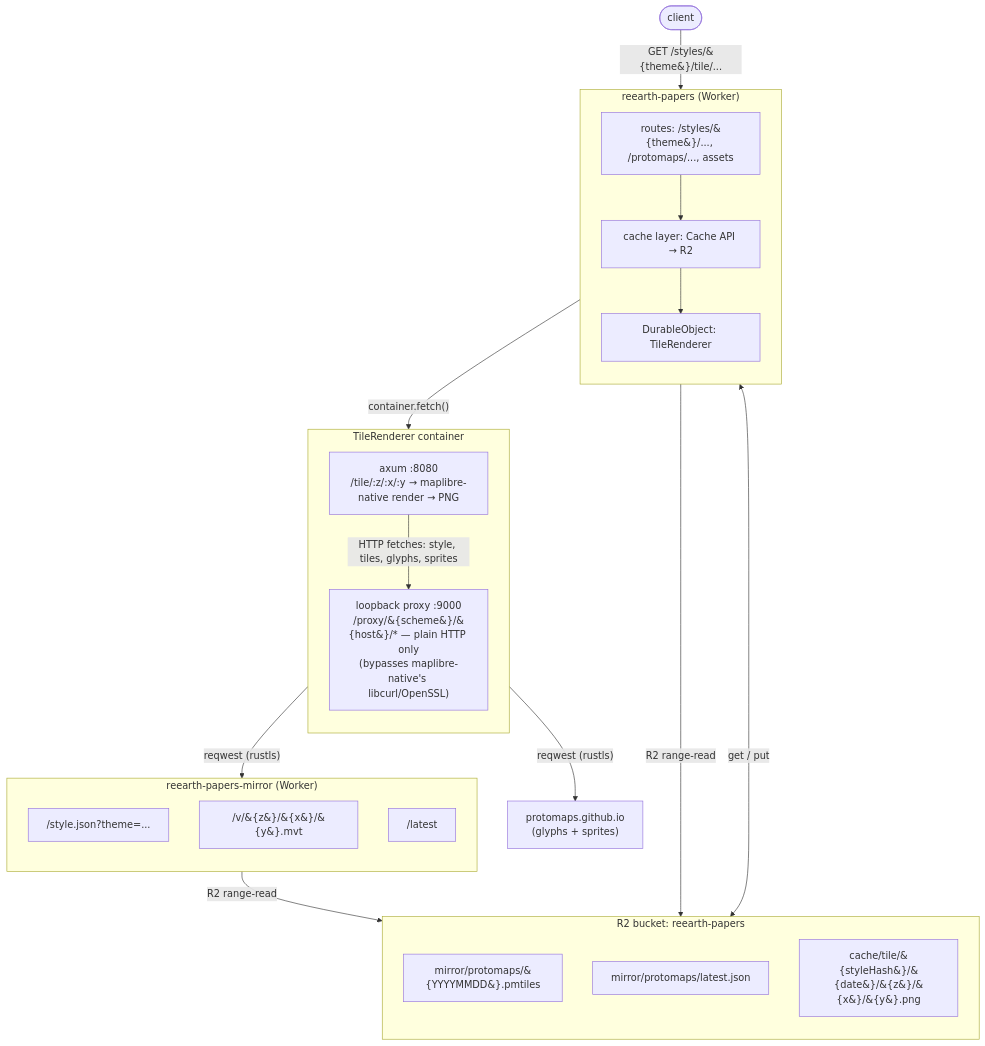
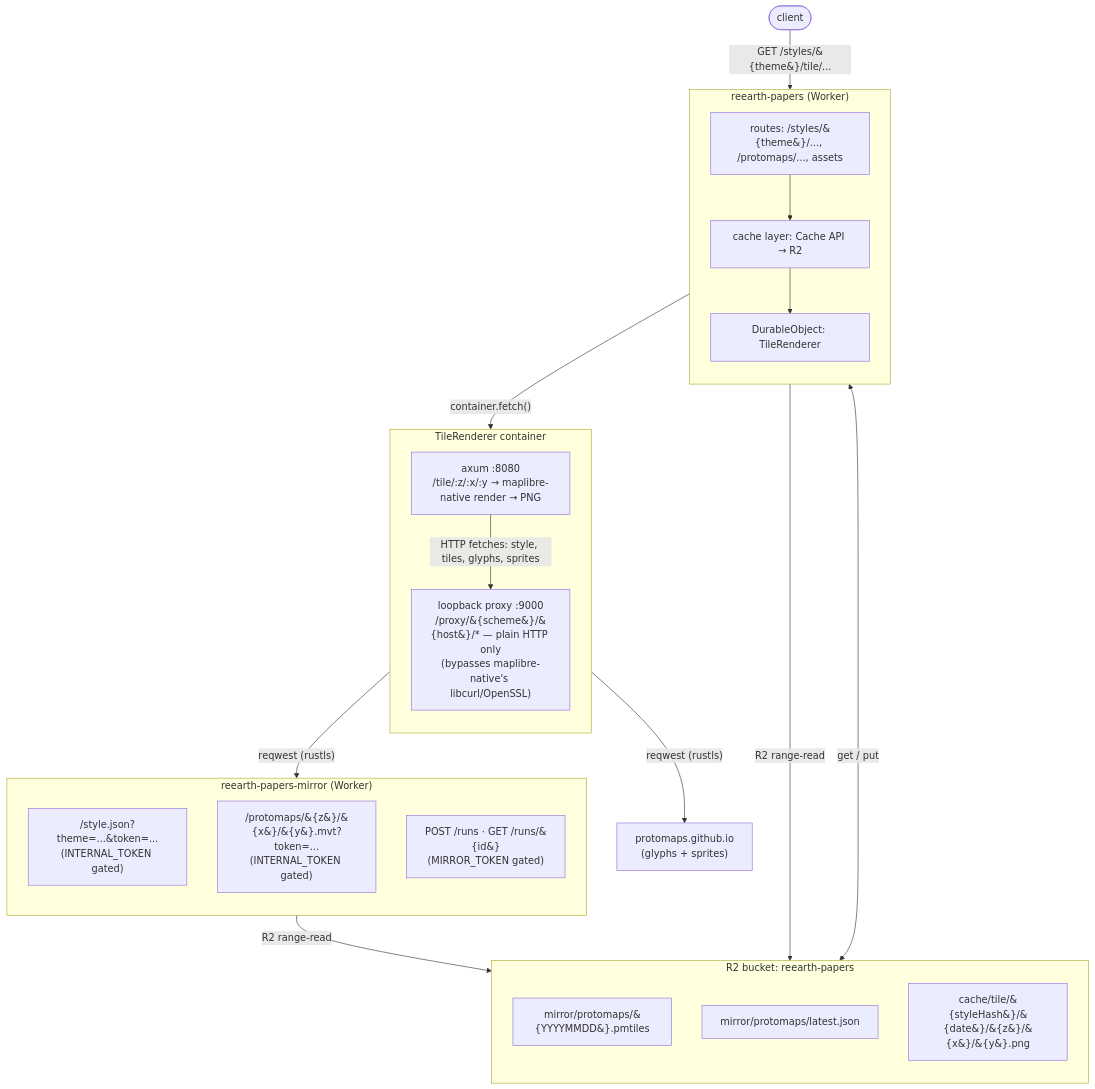
One commit to reearth/reearth-papers changed the diagram in CONTRIBUTING.md. Above: the diagram before and after it, drawn with Mermaid. The commit also changed other lines of this file and 7 other files, not shown here.

First line of the commit message:
refactor(mirror): rename /v → /protomaps, gate with INTERNAL_TOKEN, drop /latest

````diff
--- a/CONTRIBUTING.md
+++ b/CONTRIBUTING.md
@@ -9,43 +9,43 @@
 ```mermaid
 flowchart TD
   client([client])
 
   subgraph main["reearth-papers (Worker)"]
     direction TB
     main_routes["routes: /styles/&#123;theme&#125;/..., /protomaps/..., assets"]
     cache["cache layer: Cache API → R2"]
     do["DurableObject: TileRenderer"]
     main_routes --> cache --> do
   end
 
   subgraph container["TileRenderer container"]
     direction TB
     axum["axum :8080<br/>/tile/:z/:x/:y → maplibre-native render → PNG"]
     proxy["loopback proxy :9000<br/>/proxy/&#123;scheme&#125;/&#123;host&#125;/* — plain HTTP only<br/>(bypasses maplibre-native's libcurl/OpenSSL)"]
     axum -->|"HTTP fetches: style, tiles, glyphs, sprites"| proxy
   end
 
   subgraph mirror["reearth-papers-mirror (Worker)"]
     direction TB
-    m_style["/style.json?theme=..."]
-    m_v["/v/&#123;z&#125;/&#123;x&#125;/&#123;y&#125;.mvt"]
-    m_latest["/latest"]
+    m_style["/style.json?theme=...&token=...<br/>(INTERNAL_TOKEN gated)"]
+    m_v["/protomaps/&#123;z&#125;/&#123;x&#125;/&#123;y&#125;.mvt?token=...<br/>(INTERNAL_TOKEN gated)"]
+    m_runs["POST /runs · GET /runs/&#123;id&#125;<br/>(MIRROR_TOKEN gated)"]
   end
 
   subgraph r2["R2 bucket: reearth-papers"]
     direction TB
     r2_archive["mirror/protomaps/&#123;YYYYMMDD&#125;.pmtiles"]
     r2_pointer["mirror/protomaps/latest.json"]
     r2_cache["cache/tile/&#123;styleHash&#125;/&#123;date&#125;/&#123;z&#125;/&#123;x&#125;/&#123;y&#125;.png"]
   end
 
   pubcdn["protomaps.github.io<br/>(glyphs + sprites)"]
 
   client -->|"GET /styles/&#123;theme&#125;/tile/..."| main_routes
   do -->|"container.fetch()"| axum
   proxy -->|"reqwest (rustls)"| mirror
   proxy -->|"reqwest (rustls)"| pubcdn
   main_routes -->|"R2 range-read"| r2_archive
   mirror -->|"R2 range-read"| r2_archive
   cache <-->|"get / put"| r2_cache
 ```
````
